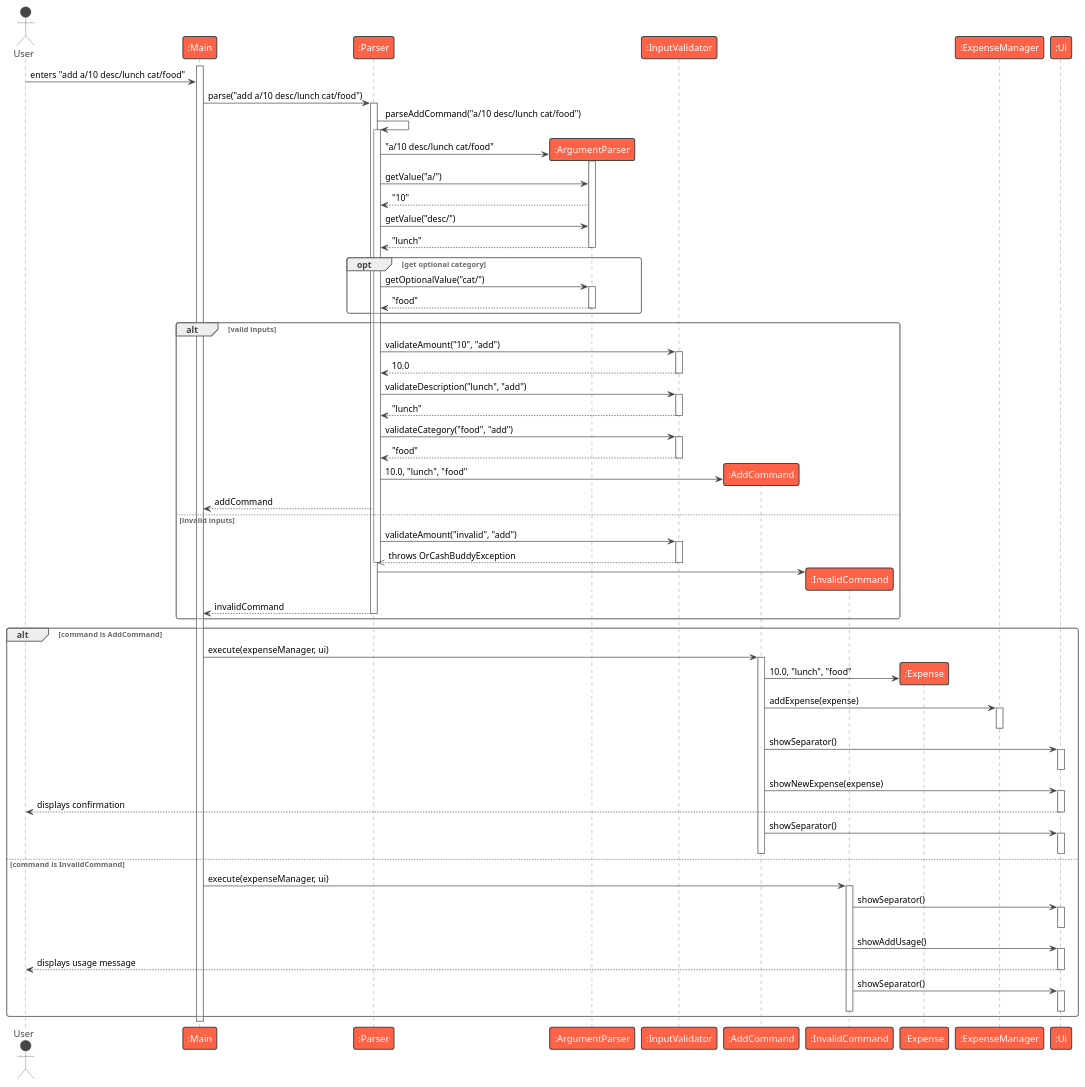
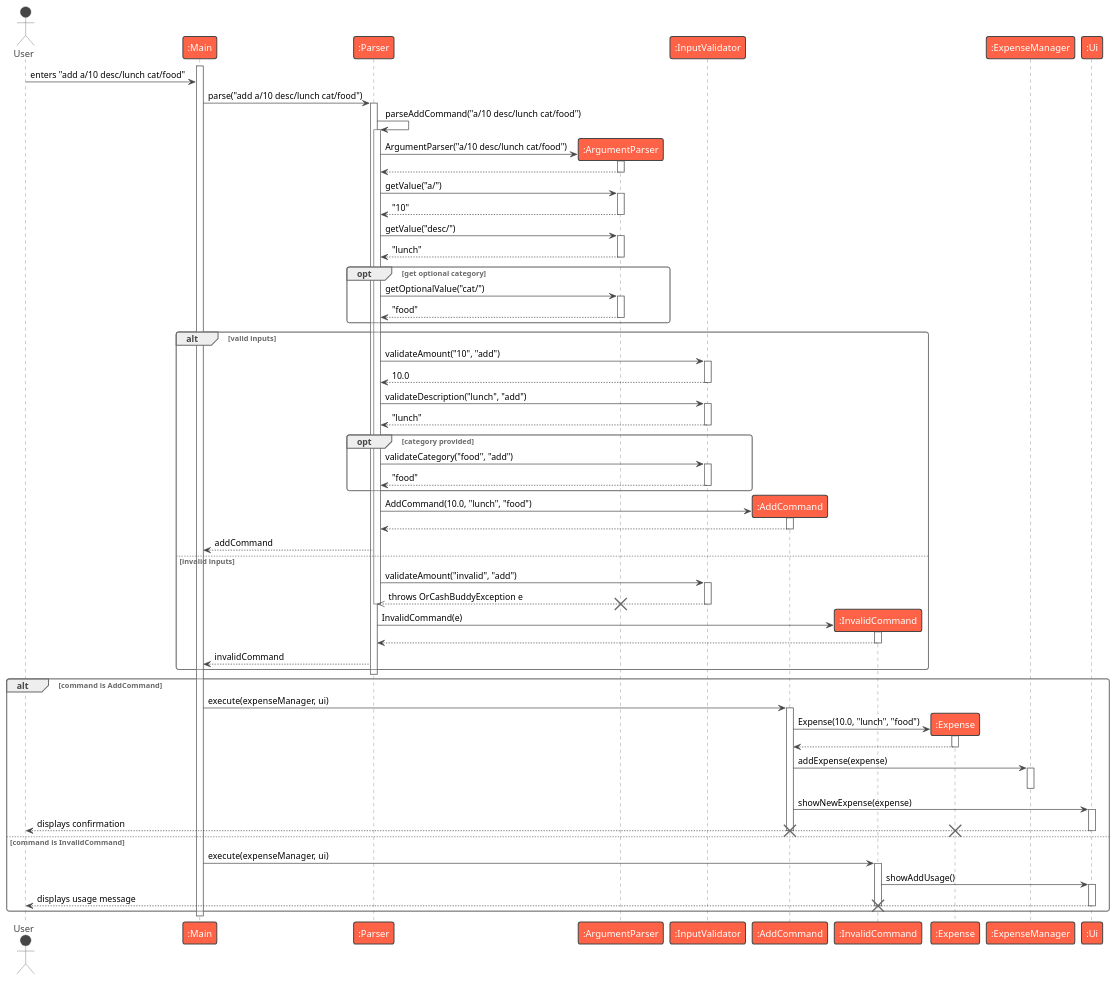
The diagram in docs/diagrams/add-sequence.puml (aydrienlaw/tp), drawn with PlantUML before and after one commit. The commit also changed 4 other files, not shown here.

Commit message:
docs(developer-guide): refine command parsing in sequence diagrams

```diff
--- a/docs/diagrams/add-sequence.puml
+++ b/docs/diagrams/add-sequence.puml
@@ -1,120 +1,131 @@
 @startuml
 !theme vibrant
 actor User
 participant ":Main" as Main
 participant ":Parser" as Parser
 participant ":ArgumentParser" as ArgumentParser
 participant ":InputValidator" as InputValidator
 participant ":AddCommand" as AddCommand
 participant ":InvalidCommand" as InvalidCommand
 participant ":Expense" as Expense
 participant ":ExpenseManager" as ExpenseManager
 participant ":Ui" as Ui
 
 activate Main
 
 User -> Main : enters "add a/10 desc/lunch cat/food"
 
 Main -> Parser : parse("add a/10 desc/lunch cat/food")
 activate Parser
 
 Parser -> Parser : parseAddCommand("a/10 desc/lunch cat/food")
 activate Parser
 
 create ArgumentParser
-Parser -> ArgumentParser : "a/10 desc/lunch cat/food"
+Parser -> ArgumentParser : ArgumentParser("a/10 desc/lunch cat/food")
 activate ArgumentParser
+ArgumentParser --> Parser:
+deactivate ArgumentParser
+
 Parser -> ArgumentParser : getValue("a/")
+activate ArgumentParser
 ArgumentParser --> Parser : "10"
+deactivate ArgumentParser
+
 Parser -> ArgumentParser : getValue("desc/")
+activate ArgumentParser
 ArgumentParser --> Parser : "lunch"
 deactivate ArgumentParser
 
 opt get optional category
     Parser -> ArgumentParser : getOptionalValue("cat/")
     activate ArgumentParser
     ArgumentParser --> Parser : "food"
     deactivate ArgumentParser
 end
 
 alt valid inputs
 
     Parser -> InputValidator : validateAmount("10", "add")
     activate InputValidator
     InputValidator --> Parser : 10.0
     deactivate InputValidator
     Parser -> InputValidator : validateDescription("lunch", "add")
     activate InputValidator
     InputValidator --> Parser : "lunch"
     deactivate InputValidator
-    Parser -> InputValidator : validateCategory("food", "add")
-    activate InputValidator
-    InputValidator --> Parser : "food"
-    deactivate InputValidator
+
+    opt category provided
+        Parser -> InputValidator : validateCategory("food", "add")
+        activate InputValidator
+        InputValidator --> Parser : "food"
+        deactivate InputValidator
+    end
 
     create AddCommand
-    Parser -> AddCommand : 10.0, "lunch", "food"
+    Parser -> AddCommand : AddCommand(10.0, "lunch", "food")
+    activate AddCommand
+    AddCommand --> Parser
+    deactivate AddCommand
     Parser --> Main : addCommand
 
 else invalid inputs
 
     Parser -> InputValidator : validateAmount("invalid", "add")
     activate InputValidator
-    InputValidator -->> Parser : throws OrCashBuddyException
+    InputValidator -->> Parser : throws OrCashBuddyException e
     deactivate InputValidator
 
     deactivate Parser
+    destroy ArgumentParser
+
 
     create InvalidCommand
-    Parser -> InvalidCommand
+    Parser -> InvalidCommand: InvalidCommand(e)
+    activate InvalidCommand
+    InvalidCommand --> Parser
+    deactivate InvalidCommand
     Parser --> Main : invalidCommand
-    deactivate Parser
 
 end
+
+deactivate Parser
 
 alt command is AddCommand
     Main -> AddCommand : execute(expenseManager, ui)
     activate AddCommand
 
     create Expense
-    AddCommand -> Expense : 10.0, "lunch", "food"
+    AddCommand -> Expense : Expense(10.0, "lunch", "food")
+    activate Expense
+    Expense --> AddCommand
+    deactivate Expense
 
     AddCommand -> ExpenseManager : addExpense(expense)
     activate ExpenseManager
     deactivate ExpenseManager
 
-    AddCommand -> Ui : showSeparator()
-    activate Ui
-    deactivate Ui
     AddCommand -> Ui : showNewExpense(expense)
     activate Ui
     Ui --> User : displays confirmation
     deactivate Ui
-    AddCommand -> Ui : showSeparator()
-    activate Ui
-    deactivate Ui
 
     deactivate AddCommand
+    destroy Expense
+    destroy AddCommand
 
 else command is InvalidCommand
     Main -> InvalidCommand : execute(expenseManager, ui)
     activate InvalidCommand
-
-    InvalidCommand -> Ui : showSeparator()
-    activate Ui
-    deactivate Ui
 
     InvalidCommand -> Ui : showAddUsage()
     activate Ui
     Ui --> User : displays usage message
     deactivate Ui
 
-    InvalidCommand -> Ui : showSeparator()
-    activate Ui
-    deactivate Ui
-
     deactivate InvalidCommand
+    destroy InvalidCommand
 end
 
 deactivate Main
 @enduml
```
